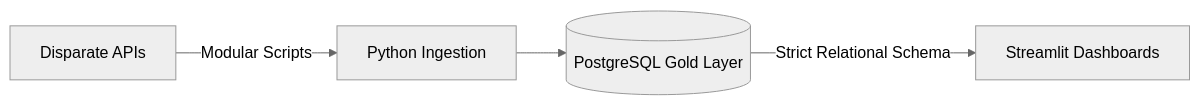
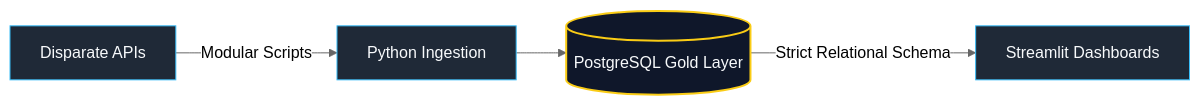
One commit to DiegoTDDD/Economic-data-platform changed the diagram in README.md. Above: the diagram before and after it, drawn with Mermaid (neutral theme). The commit also changed other lines of this file and 9 other files, not shown here.

````diff
--- a/README.md
+++ b/README.md
@@ -19,6 +19,11 @@
 ```mermaid
 flowchart LR
     A[Disparate APIs] -->|Modular Scripts| B[Python Ingestion]
     B --> C[(PostgreSQL Gold Layer)]
     C -->|Strict Relational Schema| D[Streamlit Dashboards]
+
+    style A fill:#1f2937,stroke:#38bdf8,stroke-width:1px,color:#f8fafc
+    style B fill:#1f2937,stroke:#38bdf8,stroke-width:1px,color:#f8fafc
+    style C fill:#0f172a,stroke:#facc15,stroke-width:2px,color:#f8fafc
+    style D fill:#1f2937,stroke:#38bdf8,stroke-width:1px,color:#f8fafc
 ```
````
